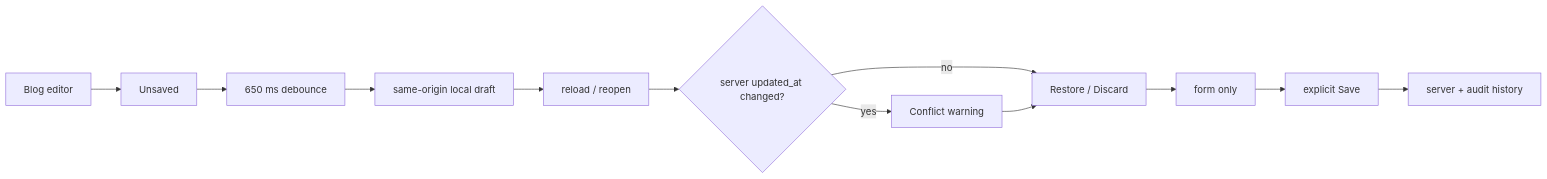
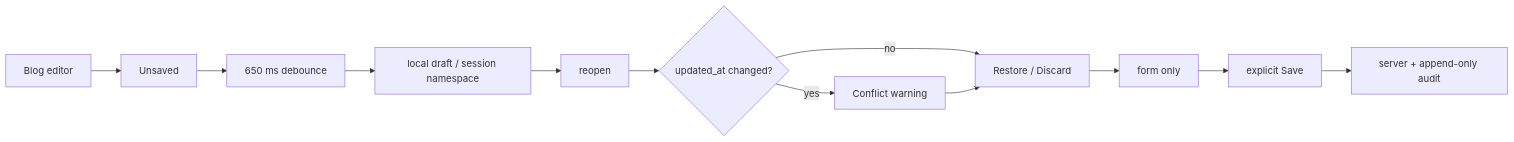
One commit to pl0n3r/brvtal changed the diagram in README.md. Above: the diagram before and after it, drawn with Mermaid. The commit also changed other lines of this file and 3 other files, not shown here.

````diff
--- a/README.md
+++ b/README.md
@@ -70,14 +43,14 @@
 ```mermaid
 flowchart LR
   E["Blog editor"] --> U["Unsaved"]
   U --> D["650 ms debounce"]
-  D --> L["same-origin local draft"]
-  L --> R["reload / reopen"]
-  R --> C{"server updated_at changed?"}
+  D --> L["local draft / session namespace"]
+  L --> R["reopen"]
+  R --> C{"updated_at changed?"}
   C -- no --> X["Restore / Discard"]
   C -- yes --> W["Conflict warning"]
   W --> X
   X --> F["form only"]
   F --> S["explicit Save"]
-  S --> A["server + audit history"]
+  S --> A["server + append-only audit"]
 ```
````
